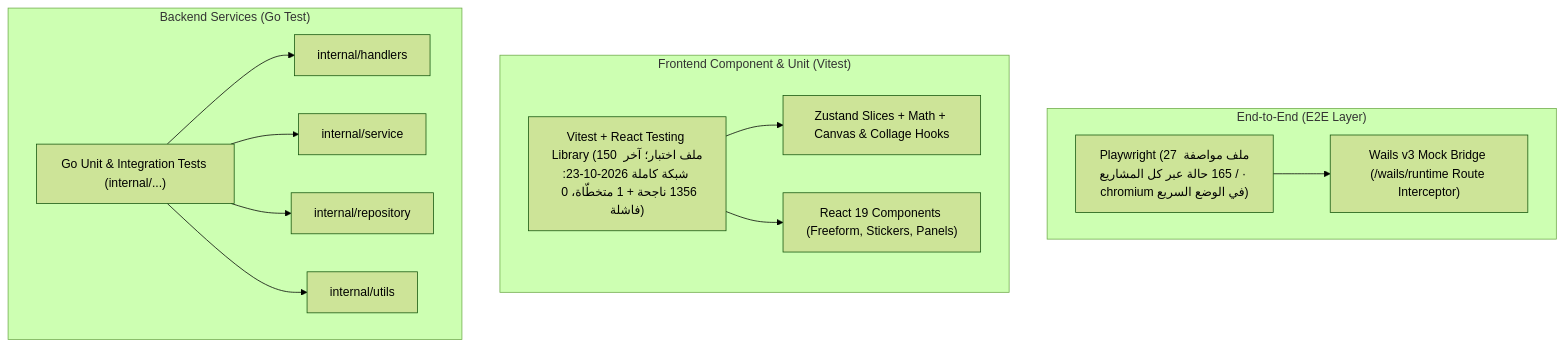
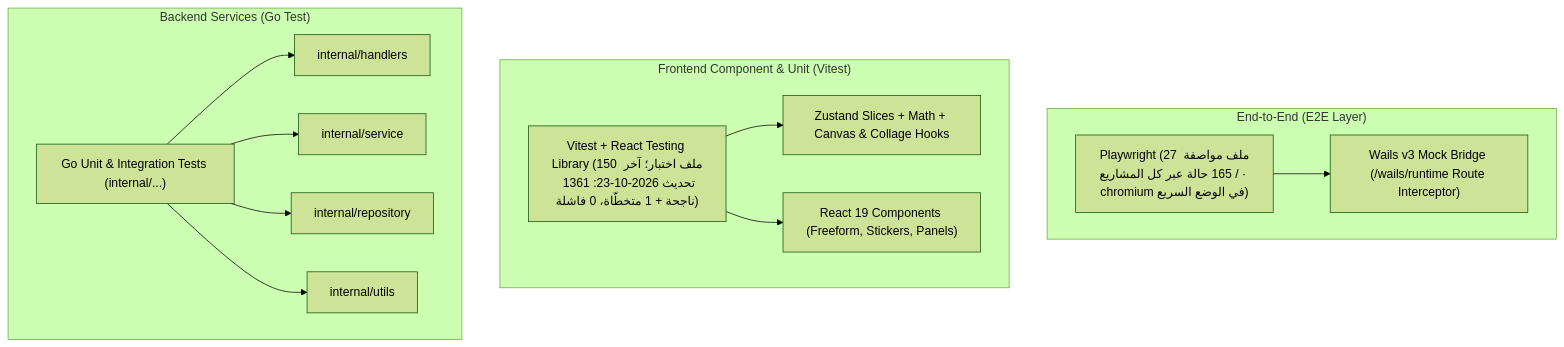
The diagram in docs/testing_guide.md (wisam79/grido), drawn with Mermaid (forest theme) before and after one commit. The commit also changed 38 other files, not shown here.

````diff
--- a/docs/testing_guide.md
+++ b/docs/testing_guide.md
@@ -11,28 +11,28 @@
 ```mermaid
 flowchart TD
     subgraph E2E ["End-to-End (E2E Layer)"]
         PW["Playwright (27 ملف مواصفة / 165 حالة عبر كل المشاريع · chromium في الوضع السريع)"]
         Bridge["Wails v3 Mock Bridge (/wails/runtime Route Interceptor)"]
         PW --> Bridge
     end
 
     subgraph FE ["Frontend Component & Unit (Vitest)"]
-        VTests["Vitest + React Testing Library (150 ملف اختبار؛ آخر شبكة كاملة 2026-10-23: 1356 ناجحة + 1 متخطّاة، 0 فاشلة)"]
+        VTests["Vitest + React Testing Library (150 ملف اختبار؛ آخر تحديث 2026-10-23: 1361 ناجحة + 1 متخطّاة، 0 فاشلة)"]
         Zustand["Zustand Slices + Math + Canvas & Collage Hooks"]
         Comps["React 19 Components (Freeform, Stickers, Panels)"]
         VTests --> Zustand
         VTests --> Comps
     end
 
     subgraph BE ["Backend Services (Go Test)"]
         GoTests["Go Unit & Integration Tests (internal/...)"]
         Handlers["internal/handlers"]
         Services["internal/service"]
         Repo["internal/repository"]
         Utils["internal/utils"]
         GoTests --> Handlers
         GoTests --> Services
         GoTests --> Repo
         GoTests --> Utils
     end
 ```
````
